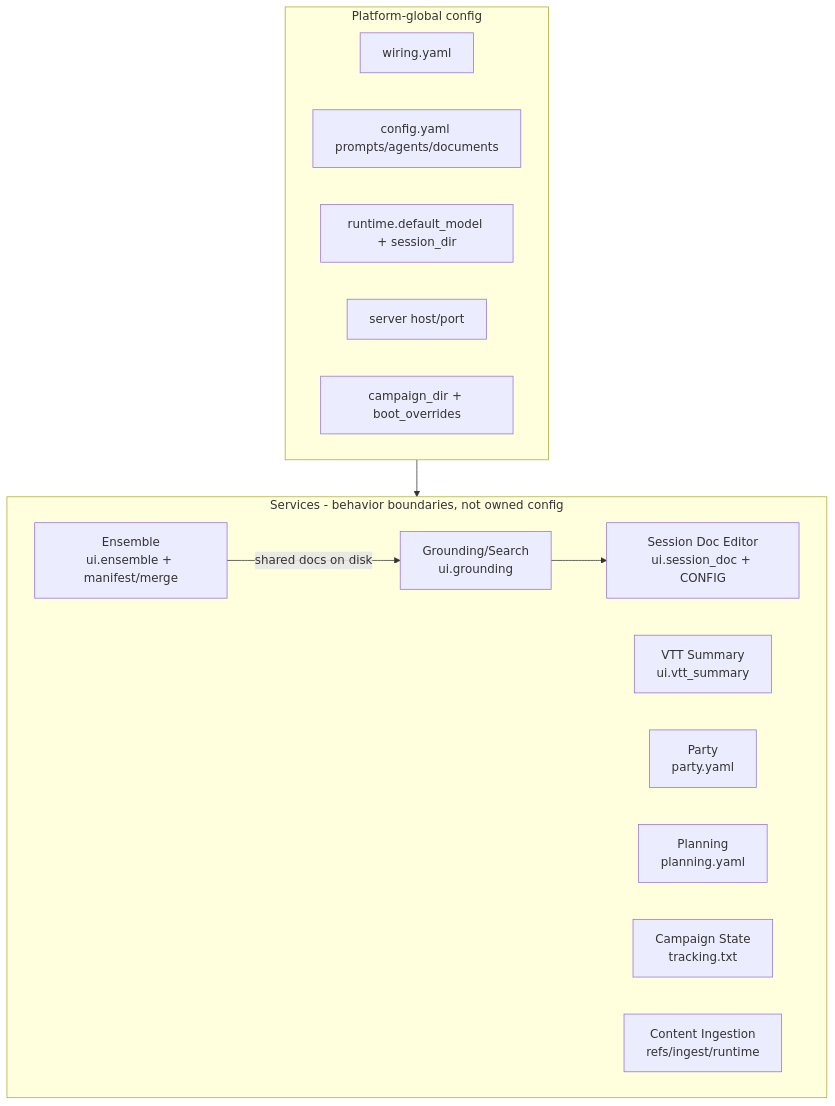
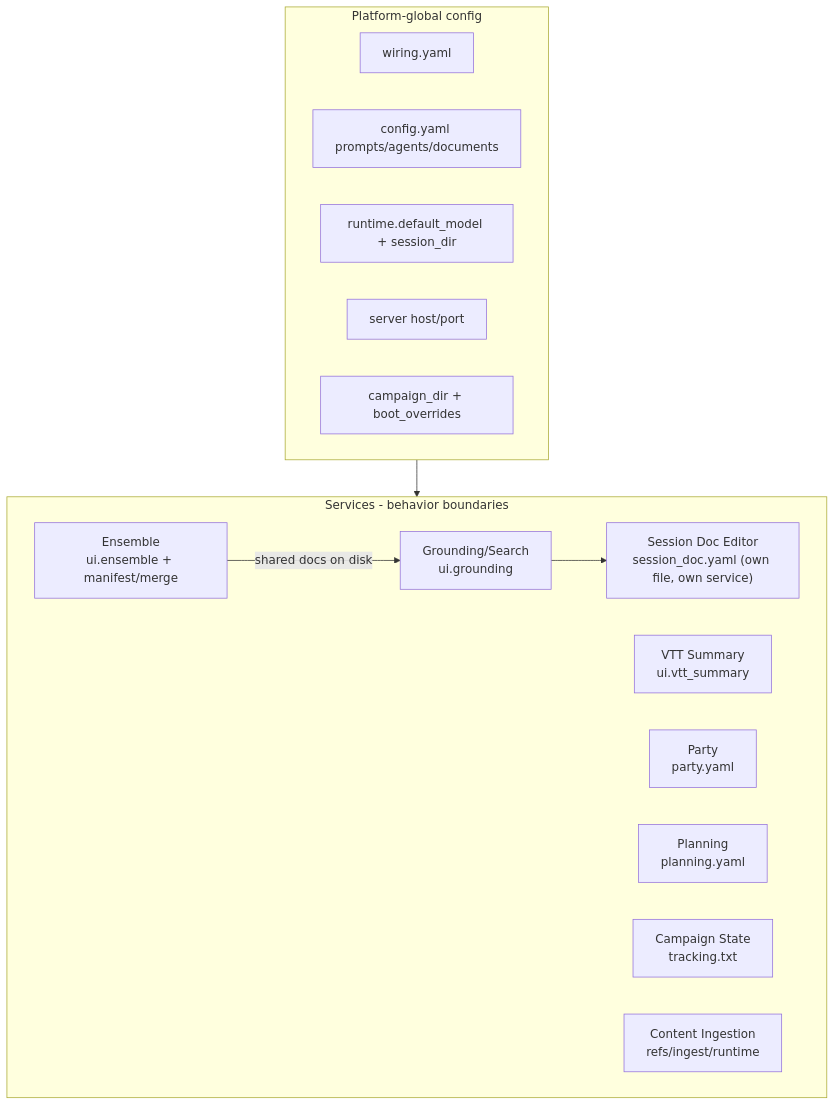
One commit to kostadis/CampaignGenerator changed the diagram in docs/config/service-cut.md. Above: the diagram before and after it, drawn with Mermaid. The commit also changed other lines of this file and 6 other files, not shown here.

````diff
--- a/docs/config/service-cut.md
+++ b/docs/config/service-cut.md
@@ -8,23 +8,23 @@
 ```mermaid
 flowchart TB
   subgraph Platform[Platform-global config]
     WI[wiring.yaml]
     CY[config.yaml prompts/agents/documents]
     RT[runtime.default_model + session_dir]
     SRV[server host/port]
     ROOT[campaign_dir + boot_overrides]
   end
-  subgraph Services[Services - behavior boundaries, not owned config]
-    SD["Session Doc Editor<br/>ui.session_doc + CONFIG"]
+  subgraph Services[Services - behavior boundaries]
+    SD["Session Doc Editor<br/>session_doc.yaml (own file, own service)"]
     EN["Ensemble<br/>ui.ensemble + manifest/merge"]
     VT["VTT Summary<br/>ui.vtt_summary"]
     GR["Grounding/Search<br/>ui.grounding"]
     PA["Party<br/>party.yaml"]
     PL["Planning<br/>planning.yaml"]
     CST["Campaign State<br/>tracking.txt"]
     CI["Content Ingestion<br/>refs/ingest/runtime"]
   end
   Platform --> Services
   EN -->|shared docs on disk| GR
   GR --> SD
 ```
````
